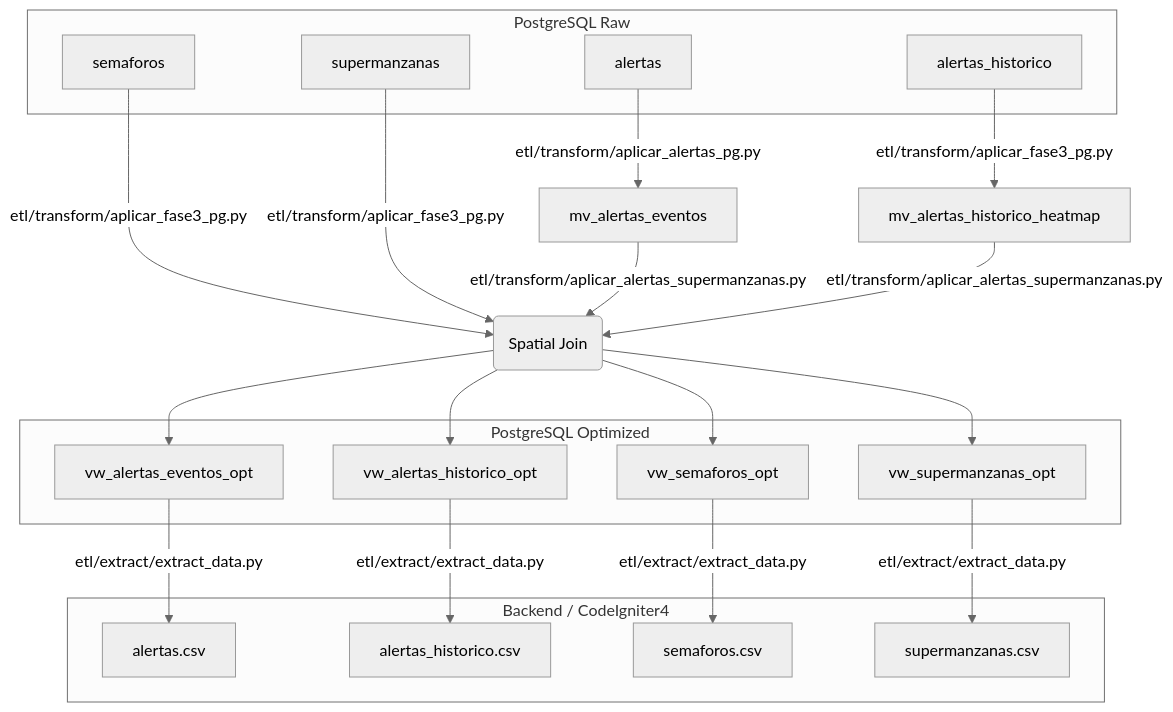
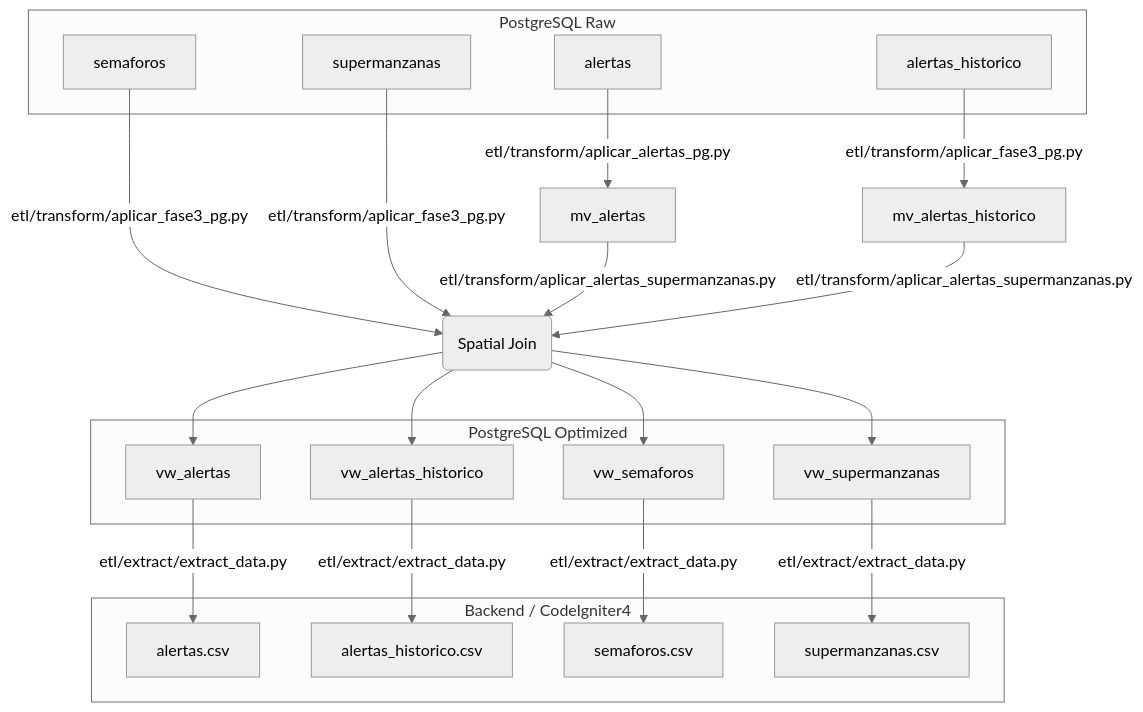
Before and after one commit to EGarpxMaster/pt-siniestros-exploracion: the diagram in architecture.md, drawn with Mermaid (neutral theme). The commit also changed other lines of this file and 13 other files, not shown here.

````diff
--- a/architecture.md
+++ b/architecture.md
@@ -9,47 +9,47 @@
 ```mermaid
 graph TD
     %% Base Data
     subgraph PostgreSQL Raw
         A[alertas]
         B[alertas_historico]
         C[semaforos]
         D[supermanzanas]
     end
 
     %% Procesamiento DDL Nativo
-    A -->|etl/transform/aplicar_alertas_pg.py| E[mv_alertas_eventos]
-    B -->|etl/transform/aplicar_fase3_pg.py| F[mv_alertas_historico_heatmap]
+    A -->|etl/transform/aplicar_alertas_pg.py| E[mv_alertas]
+    B -->|etl/transform/aplicar_fase3_pg.py| F[mv_alertas_historico]
 
     %% Procesamiento Espacial (Shapely)
     C -->|etl/transform/aplicar_fase3_pg.py| G(Spatial Join)
     D -->|etl/transform/aplicar_fase3_pg.py| G
     E -->|etl/transform/aplicar_alertas_supermanzanas.py| G
     F -->|etl/transform/aplicar_alertas_supermanzanas.py| G
-    
-    G --> H[vw_semaforos_opt]
-    G --> I[vw_supermanzanas_opt]
-    G --> N[vw_alertas_eventos_opt]
-    G --> O[vw_alertas_historico_opt]
+
+    G --> H[vw_semaforos]
+    G --> I[vw_supermanzanas]
+    G --> N[vw_alertas]
+    G --> O[vw_alertas_historico]
 
     %% Vistas Optimizadas
     subgraph PostgreSQL Optimized
         H
         I
         N
         O
     end
 
     %% Extractor Final hacia CSV/API
     N -->|etl/extract/extract_data.py| J[alertas.csv]
     O -->|etl/extract/extract_data.py| K[alertas_historico.csv]
     H -->|etl/extract/extract_data.py| L[semaforos.csv]
     I -->|etl/extract/extract_data.py| M[supermanzanas.csv]
 
     %% Destino
     subgraph Backend / CodeIgniter4
         J
         K
         L
         M
     end
 ```
````
